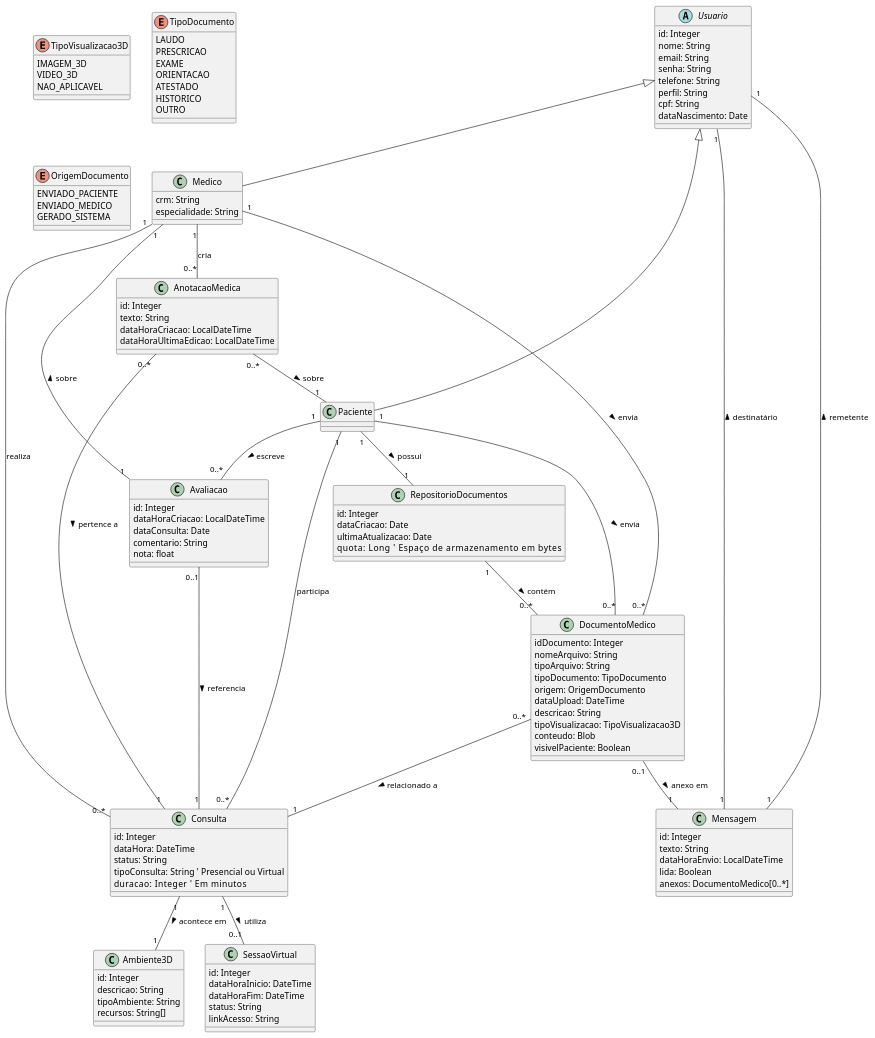
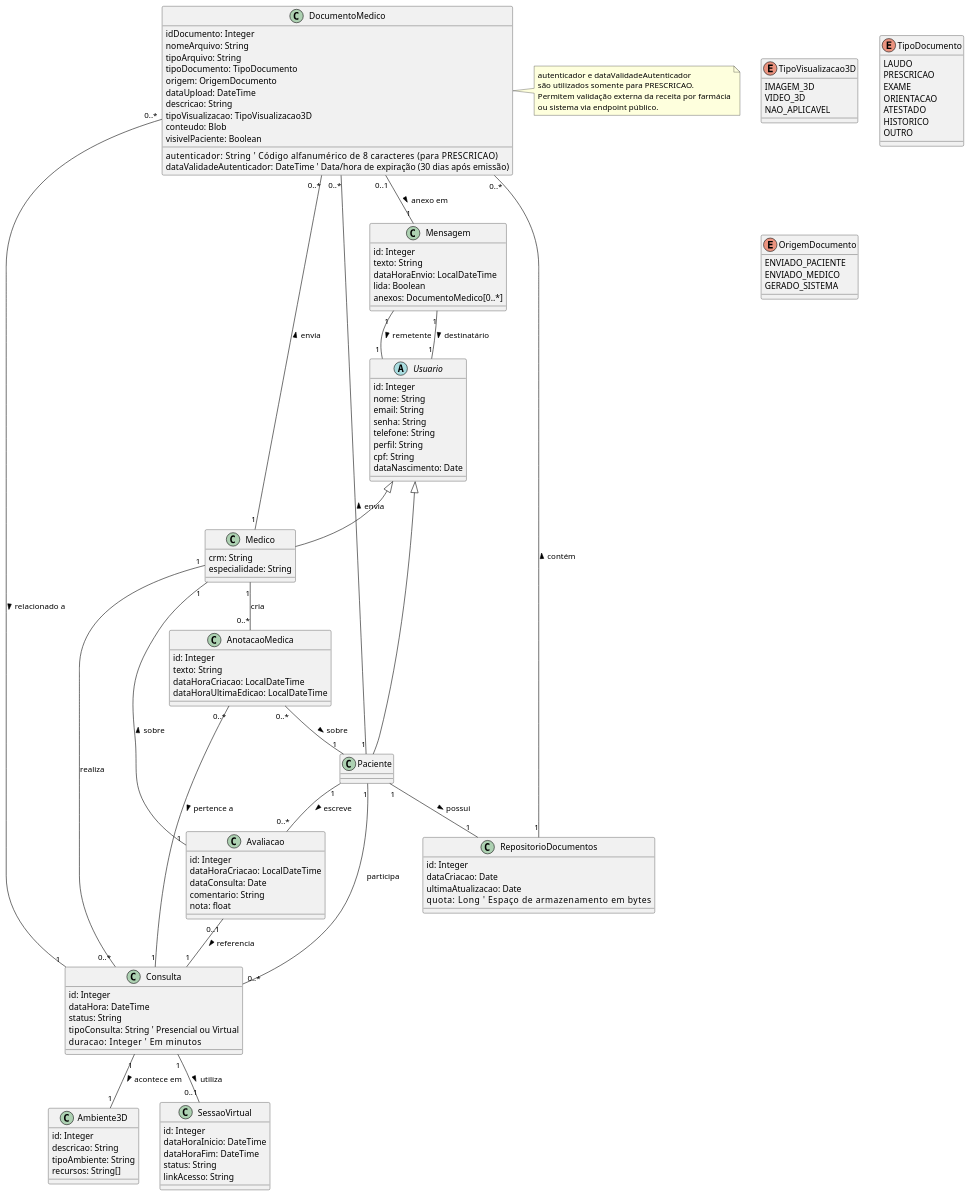
Before and after one commit to gilmarUFG/rs_es_20251_g1: the diagram in trabalho_grupo/modelos_uml/diagrama_classes.plantuml, drawn with PlantUML. The commit also changed 1 other file, not shown here.

Commit message:
Adicao do hu 07 e atualização do diagrama

```diff
--- a/trabalho_grupo/modelos_uml/diagrama_classes.plantuml
+++ b/trabalho_grupo/modelos_uml/diagrama_classes.plantuml
@@ -1,139 +1,151 @@
 @startuml
 ' Modelo de domínio combinado (classes de análise - atributos e associações)
 
 enum TipoVisualizacao3D {
     IMAGEM_3D
     VIDEO_3D
     NAO_APLICAVEL
 }
 
 enum TipoDocumento {
     LAUDO
     PRESCRICAO
     EXAME
     ORIENTACAO
     ATESTADO
     HISTORICO
     OUTRO
 }
 
 enum OrigemDocumento {
     ENVIADO_PACIENTE
     ENVIADO_MEDICO
     GERADO_SISTEMA
 }
 
 abstract class Usuario {
     id: Integer
     nome: String
     email: String
     senha: String
     telefone: String
     perfil: String
     cpf: String
     dataNascimento: Date 
 }
 
 class Medico {
     crm: String
     especialidade: String 
 }
 
 class Paciente { 
     ' Herda atributos de Usuario
 }
 
 class Consulta {
     id: Integer
     dataHora: DateTime
     status: String
     tipoConsulta: String  ' Presencial ou Virtual
     duracao: Integer      ' Em minutos
 }
 
 class DocumentoMedico {
     idDocumento: Integer
     nomeArquivo: String
     tipoArquivo: String
     tipoDocumento: TipoDocumento
     origem: OrigemDocumento
     dataUpload: DateTime
     descricao: String
     tipoVisualizacao: TipoVisualizacao3D
     conteudo: Blob
     visivelPaciente: Boolean
+    autenticador: String          ' Código alfanumérico de 8 caracteres (para PRESCRICAO)
+    dataValidadeAutenticador: DateTime  ' Data/hora de expiração (30 dias após emissão)
 }
+
+' Observação: autenticador e dataValidadeAutenticador são preenchidos apenas quando tipoDocumento = PRESCRICAO.
 
 class RepositorioDocumentos {
     id: Integer
     dataCriacao: Date
     ultimaAtualizacao: Date
     quota: Long           ' Espaço de armazenamento em bytes
 }
 
 class Ambiente3D {
     id: Integer
     descricao: String
     tipoAmbiente: String
     recursos: String[]
 }
 
 class AnotacaoMedica {
     id: Integer
     texto: String
     dataHoraCriacao: LocalDateTime
     dataHoraUltimaEdicao: LocalDateTime
 }
 
 class Mensagem {
     id: Integer
     texto: String
     dataHoraEnvio: LocalDateTime
     lida: Boolean
     anexos: DocumentoMedico[0..*]
 }
 
 class SessaoVirtual {
     id: Integer
     dataHoraInicio: DateTime
     dataHoraFim: DateTime
     status: String
     linkAcesso: String
 }
 
 class Avaliacao {
     id: Integer
     dataHoraCriacao: LocalDateTime
     dataConsulta: Date
     comentario: String
     nota: float
 }
 
 Usuario <|-- Medico 
 Usuario <|-- Paciente
 
 Medico "1" -- "0..*" Consulta : realiza
 Paciente "1" -- "0..*" Consulta : participa
 Consulta "1" -- "1" Ambiente3D : acontece em >
 Consulta "1" -- "0..1" SessaoVirtual : utiliza >
 
 Paciente "1" -- "1" RepositorioDocumentos : possui >
 RepositorioDocumentos "1" -- "0..*" DocumentoMedico : contém >
 
 DocumentoMedico "0..*" -- "1" Consulta : relacionado a >
 DocumentoMedico "0..1" -- "1" Mensagem : anexo em >
 
 Medico "1" -- "0..*" DocumentoMedico : envia >
 Paciente "1" -- "0..*" DocumentoMedico : envia >
 
 Medico "1" -- "0..*" AnotacaoMedica : cria
 AnotacaoMedica "0..*" -- "1" Consulta : pertence a >
 AnotacaoMedica "0..*" -- "1" Paciente : sobre >
 
 Mensagem "1" -- "1" Usuario : remetente >
 Mensagem "1" -- "1" Usuario : destinatário >
 
 Paciente "1" -- "0..*" Avaliacao : escreve >
 Avaliacao "1" -- "1" Medico : sobre >
 Avaliacao "0..1" -- "1" Consulta : referencia >
+
+note right of DocumentoMedico
+autenticador e dataValidadeAutenticador
+são utilizados somente para PRESCRICAO.
+Permitem validação externa da receita por farmácia
+ou sistema via endpoint público.
+end note
+
 @enduml
```
